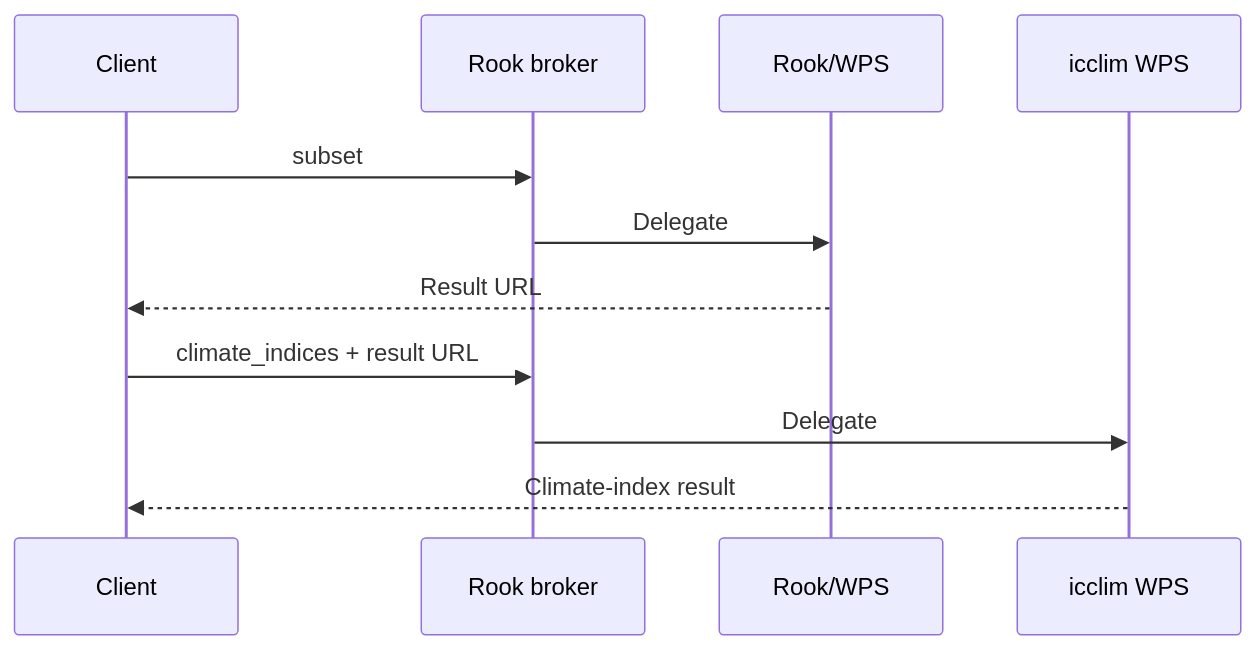
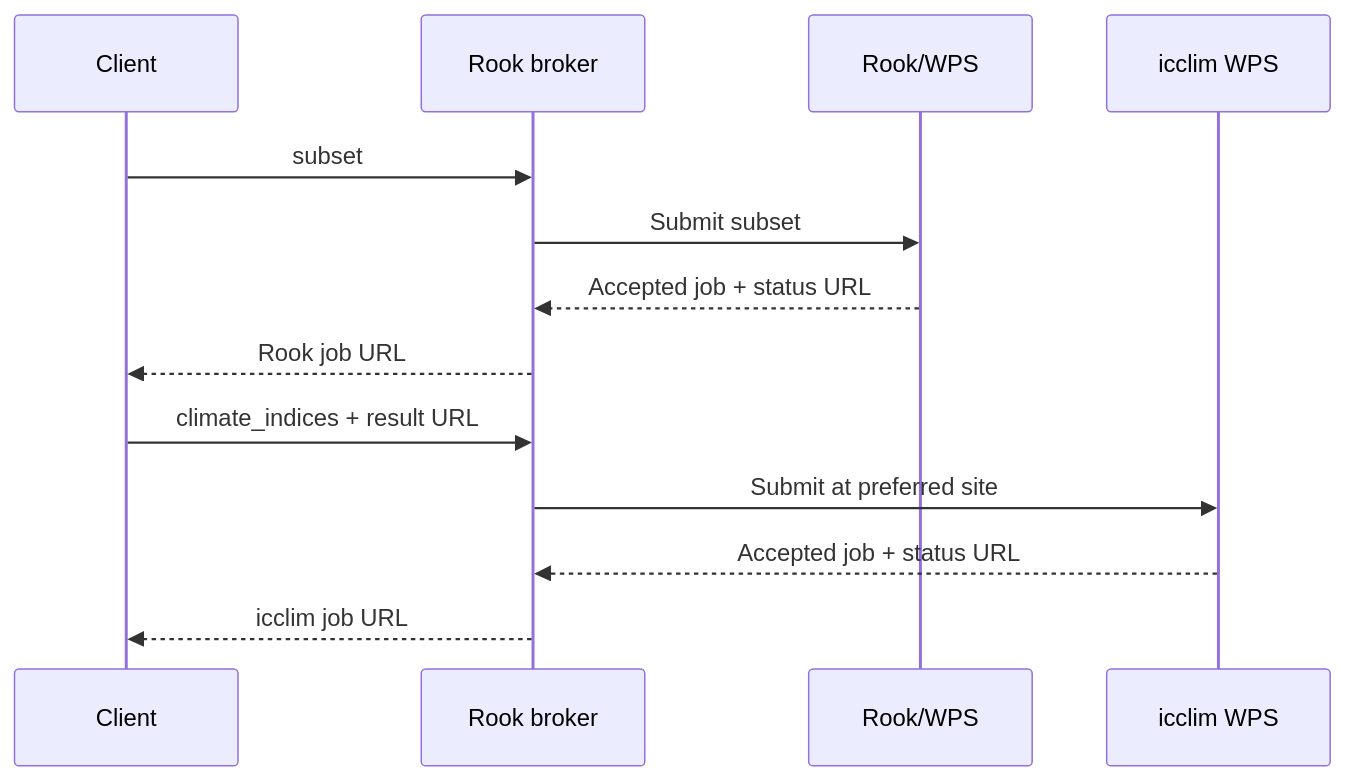
One commit to roocs/rook changed the tenth of 10 diagrams in Rook_WPS_ESGF2_talk_draft.md. Above: the diagram before and after it, drawn with Mermaid. The commit also changed other lines of this file, not shown here.

````diff
--- a/Rook_WPS_ESGF2_talk_draft.md
+++ b/Rook_WPS_ESGF2_talk_draft.md
@@ -319,15 +320,15 @@
 ```mermaid
 sequenceDiagram
     participant Client
     participant Broker as Rook broker
     participant Rook as Rook/WPS
     participant ICCLIM as icclim WPS
-
     Client->>Broker: subset
-    Broker->>Rook: Delegate
-    Rook-->>Client: Result URL
-
+    Broker->>Rook: Submit subset
+    Rook-->>Broker: Accepted job + status URL
+    Broker-->>Client: Rook job URL
     Client->>Broker: climate_indices + result URL
-    Broker->>ICCLIM: Delegate
-    ICCLIM-->>Client: Climate-index result
+    Broker->>ICCLIM: Submit at preferred site
+    ICCLIM-->>Broker: Accepted job + status URL
+    Broker-->>Client: icclim job URL
 ```
````
